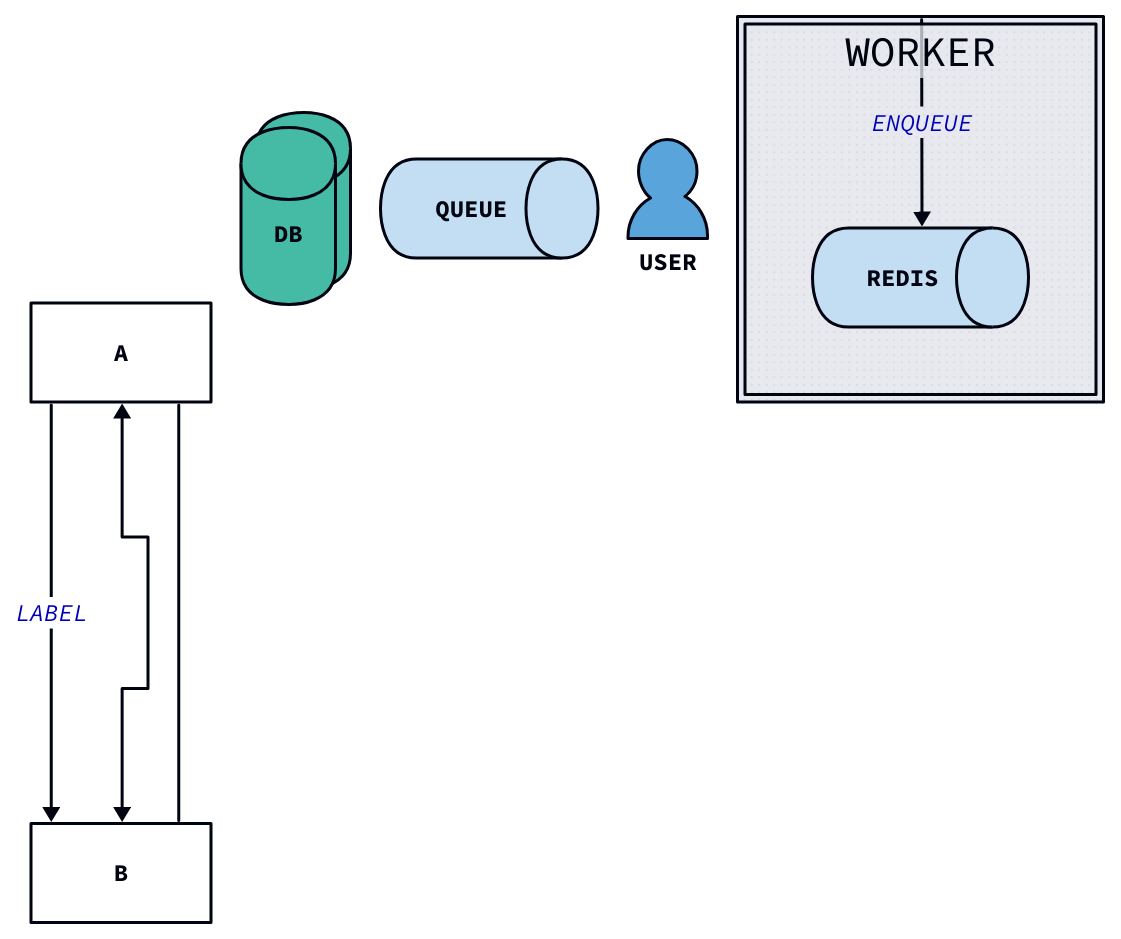
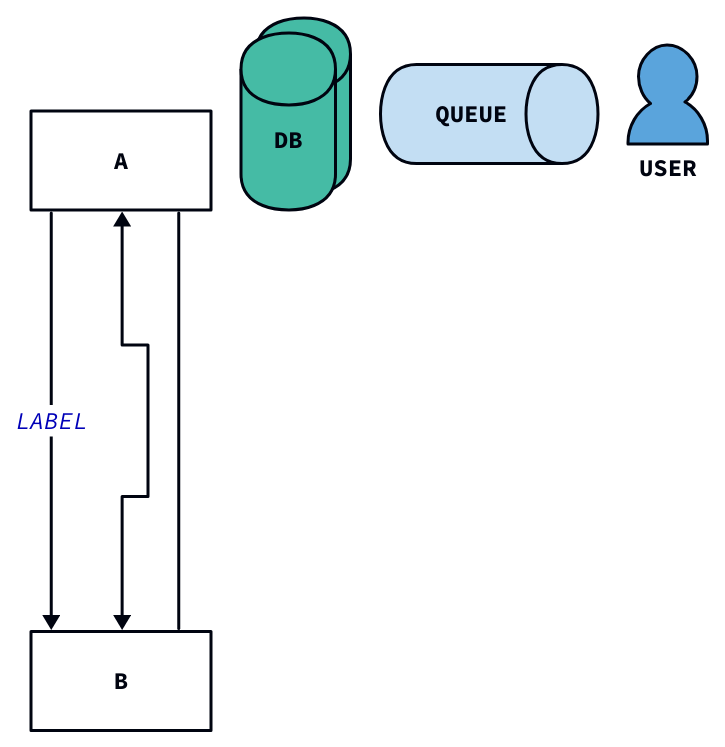
Before and after one commit to devskale/skale-skills: the diagram in skills/d2/SKILL.md, drawn with D2. The commit also changed other lines of this file and 4 other files, not shown here.

Commit message:
figure 1.2.1 + d2 1.4.1: SKILL.md under 100 lines, ecosystem cross-refs, gotchas extracted, gates extended

````diff
--- a/skills/d2/SKILL.md
+++ b/skills/d2/SKILL.md
@@ -54,20 +45,15 @@
 ```d2
 a -> b: label                 # directed edge with label
 a <-> b                       # bidirectional
 a -- b                        # undirected (no arrow)
 # NOTE: chains like `a -> b -> c: label` label EVERY edge — see Gotchas
 
 db: { shape: cylinder; style.multiple: true }
 queue: { shape: queue }
 user: { shape: person }
 
-worker: {                     # containers + dot notation (nesting)
-  redis: { shape: queue }
-}
-worker -> worker.redis: enqueue
-
 vars: { d2-config: {          # per-file config → reproducible without CLI flags
   layout-engine: elk
   theme-id: 300               # `d2 themes` to list
 } }
 ```
````
